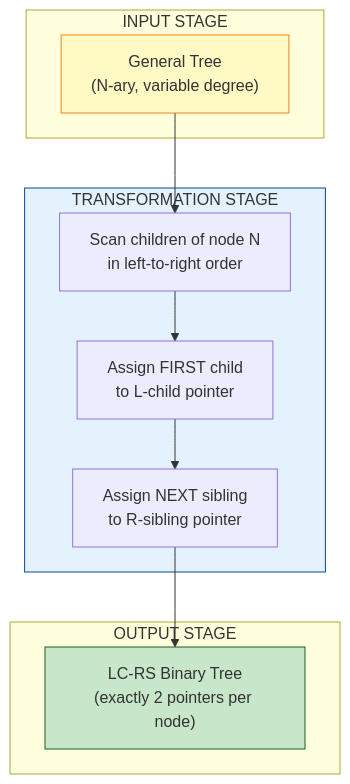
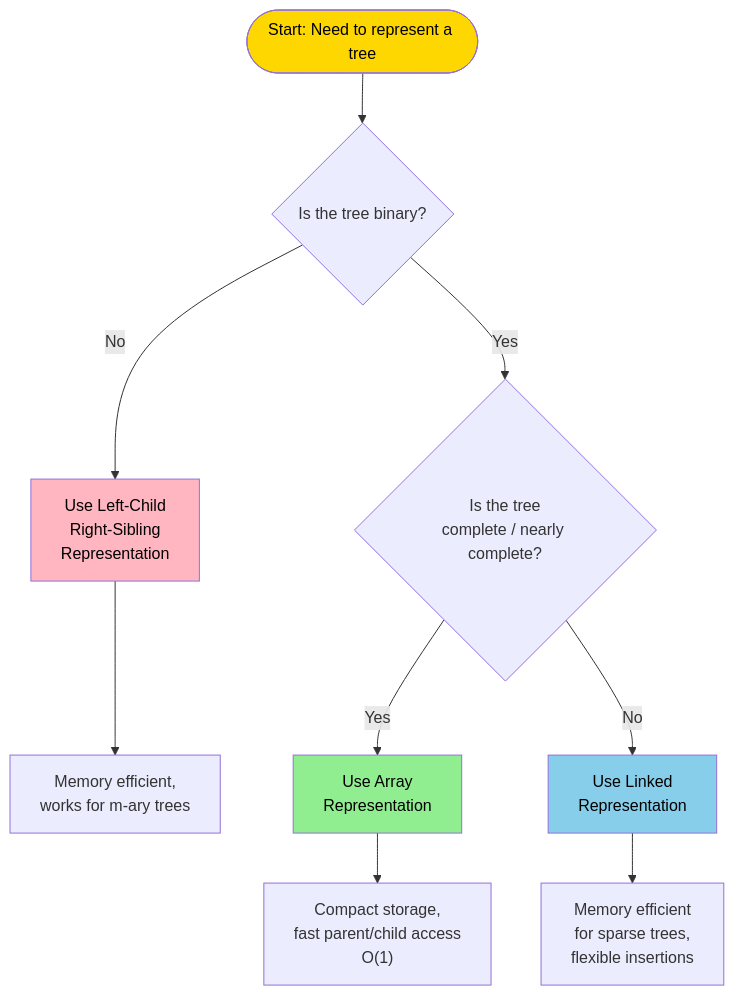
One commit to vishnuu-kr/ktunode changed the fourth of 4 diagrams in public/notes/computer-science-and-engineering/semester-3/pccst303-data-structures-and-algorithms/03-module-3-trees-and-graphs/trees-representation-of-trees/notes.md. Above: the diagram before and after it, drawn with Mermaid. The commit also changed other lines of this file and 4829 other files, not shown here.

````diff
--- a/public/notes/computer-science-and-engineering/semester-3/pccst303-data-structures-and-algorithms/03-module-3-trees-and-graphs/trees-representation-of-trees/notes.md
+++ b/public/notes/computer-science-and-engineering/semester-3/pccst303-data-structures-and-algorithms/03-module-3-trees-and-graphs/trees-representation-of-trees/notes.md
@@ -603,25 +617,20 @@
 ```mermaid
 flowchart TD
-    subgraph INPUT["INPUT STAGE"]
-        genTree["General Tree<br/>(N-ary, variable degree)"]
-    end
+    Start(["Start: Need to represent a tree"]) --> Q1{"Is the tree binary?"}
 
-    subgraph TRANSFORM["TRANSFORMATION STAGE"]
-        scanChildren["Scan children of node N<br/>in left-to-right order"]
-        firstChild["Assign FIRST child<br/>to L-child pointer"]
-        siblingLink["Assign NEXT sibling<br/>to R-sibling pointer"]
-    end
+    Q1 -->|No| LCRS["Use Left-Child<br/>Right-Sibling<br/>Representation"]
+    LCRS --> LCRSF["Memory efficient,<br/>works for m-ary trees"]
 
-    subgraph OUTPUT["OUTPUT STAGE"]
-        lcrsTree["LC-RS Binary Tree<br/>(exactly 2 pointers per node)"]
-    end
+    Q1 -->|Yes| Q2{"Is the tree<br/>complete / nearly complete?"}
 
-    genTree --> scanChildren
-    scanChildren --> firstChild
-    firstChild --> siblingLink
-    siblingLink --> lcrsTree
+    Q2 -->|Yes| ARR["Use Array<br/>Representation"]
+    ARR --> ARRF["Compact storage,<br/>fast parent/child access<br/>O(1)"]
 
-    style genTree fill:#FFF9C4,stroke:#F57F17
-    style lcrsTree fill:#C8E6C9,stroke:#1B5E20
-    style TRANSFORM fill:#E3F2FD,stroke:#0D47A1
+    Q2 -->|No| LINK["Use Linked<br/>Representation"]
+    LINK --> LINKF["Memory efficient<br/>for sparse trees,<br/>flexible insertions"]
+
+    style Start fill:#FFD700,color:#000
+    style ARR fill:#90EE90,color:#000
+    style LINK fill:#87CEEB,color:#000
+    style LCRS fill:#FFB6C1,color:#000
 ```
````
